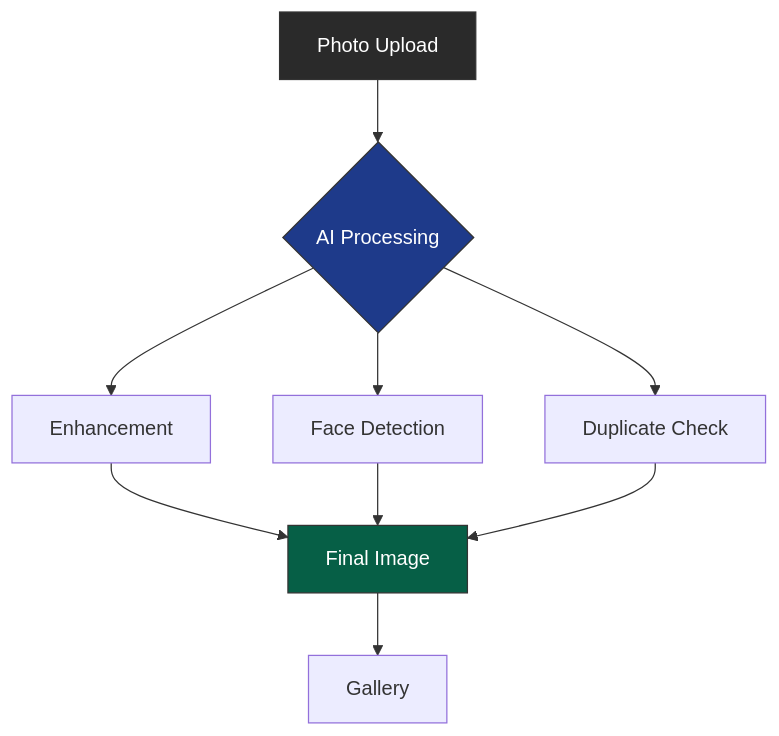
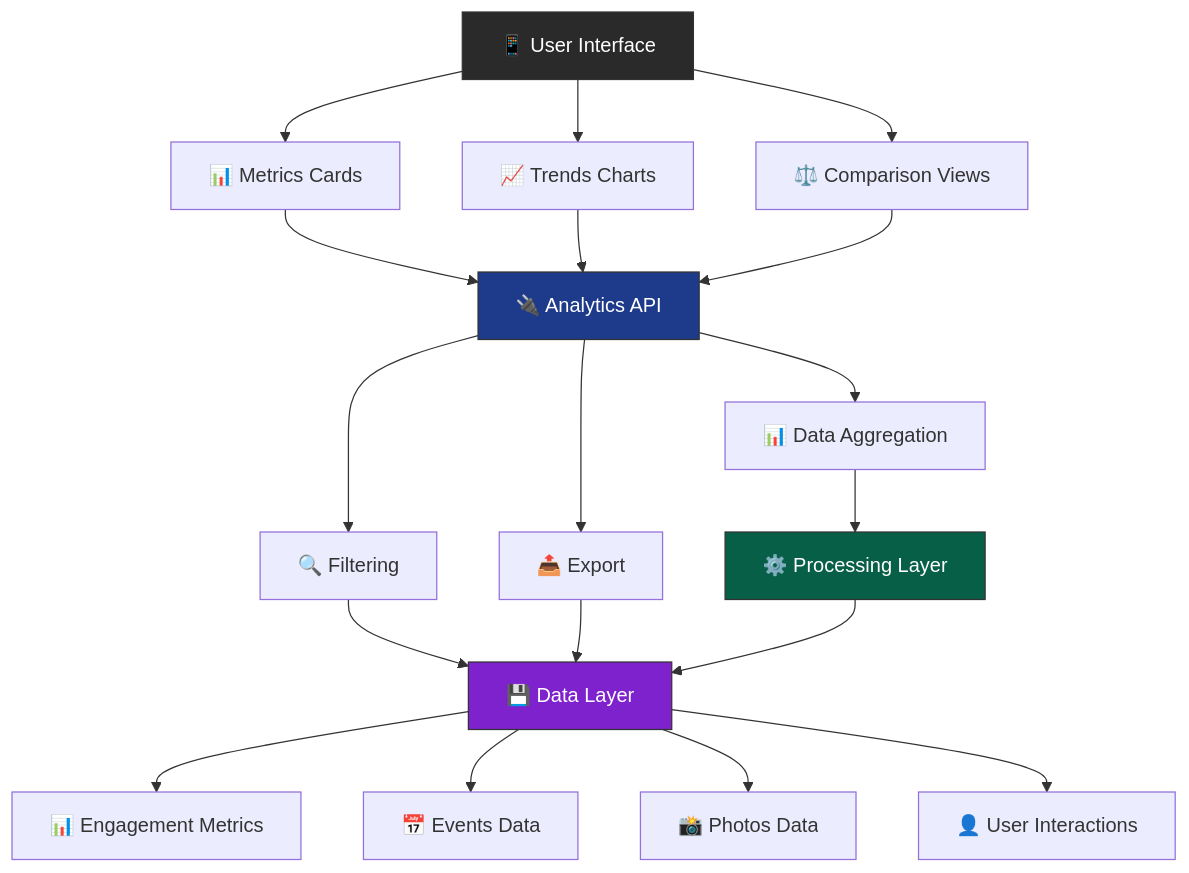
Before and after one commit to mrj0nesmtl/cloud-burst: the fourth of 6 diagrams in README.md, drawn with Mermaid. The commit also changed other lines of this file and 92 other files, not shown here.

Commit message:
feat(v0.7.7): Implement Analytics section and prepare Gallery implementation for Session 24

````diff
--- a/README.md
+++ b/README.md
@@ -137,15 +162,30 @@
 ```mermaid
 graph TD
-    A[Photo Upload] --> B{AI Processing}
-    B --> C[Enhancement]
-    B --> D[Face Detection]
-    B --> E[Duplicate Check]
-    C --> F[Final Image]
-    D --> F
-    E --> F
-    F --> G[Gallery]
+    UI["📱 User Interface"] --> MetricsCards["📊 Metrics Cards"]
+    UI --> TrendsCharts["📈 Trends Charts"]
+    UI --> ComparisonViews["⚖️ Comparison Views"]
     
-    style A fill:#2A2A2A,stroke:#333,color:#fff
-    style B fill:#1E3A8A,stroke:#333,color:#fff
-    style F fill:#065F46,stroke:#333,color:#fff
+    MetricsCards --> AnalyticsAPI["🔌 Analytics API"]
+    TrendsCharts --> AnalyticsAPI
+    ComparisonViews --> AnalyticsAPI
+    
+    AnalyticsAPI --> DataAggregation["📊 Data Aggregation"]
+    AnalyticsAPI --> Filtering["🔍 Filtering"]
+    AnalyticsAPI --> Export["📤 Export"]
+    
+    DataAggregation --> Processing["⚙️ Processing Layer"]
+    Filtering --> Data["💾 Data Layer"]
+    Export --> Data
+    
+    Processing --> Data
+    
+    Data --> EngagementDB["📊 Engagement Metrics"]
+    Data --> EventsDB["📅 Events Data"]
+    Data --> PhotosDB["📸 Photos Data"]
+    Data --> UserInteractionsDB["👤 User Interactions"]
+    
+    style UI fill:#2A2A2A,stroke:#333,color:#fff
+    style AnalyticsAPI fill:#1E3A8A,stroke:#333,color:#fff
+    style Processing fill:#065F46,stroke:#333,color:#fff
+    style Data fill:#7E22CE,stroke:#333,color:#fff
 ```
````
